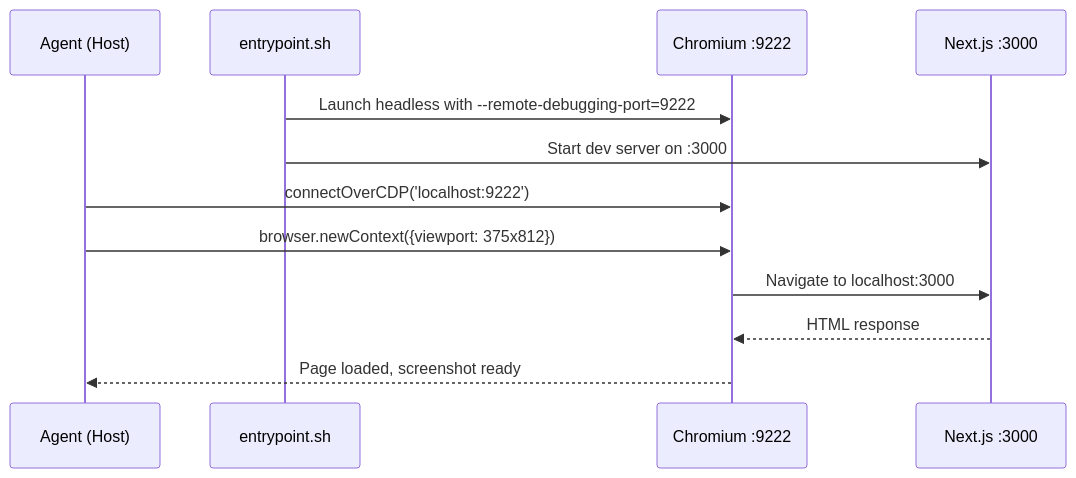
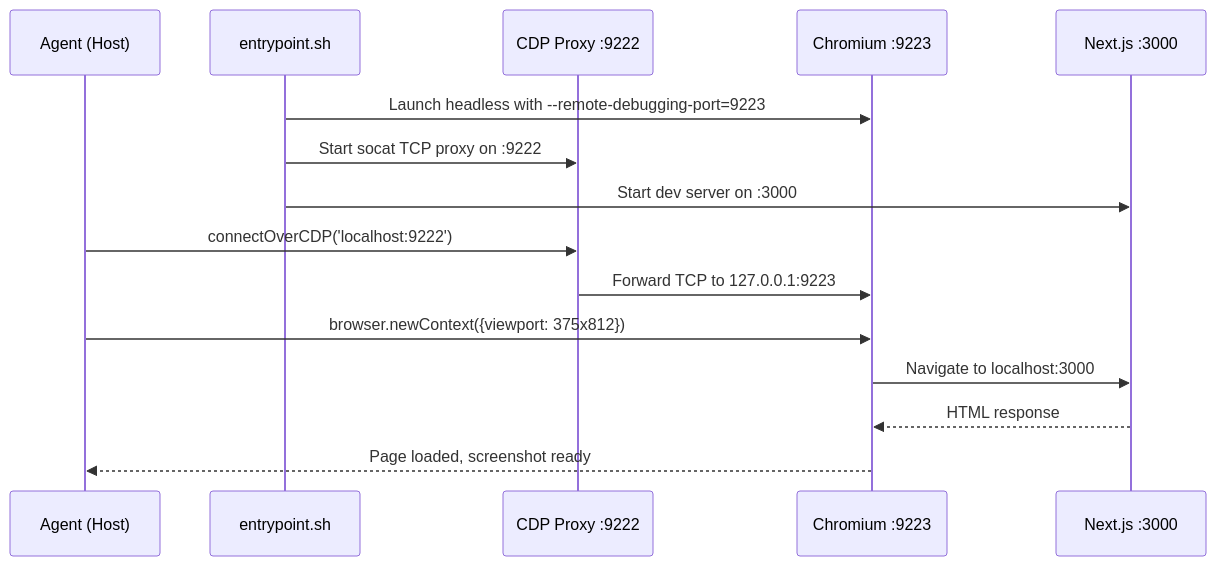
The second of 2 diagrams in docs/plans/067-harness/tasks/phase-2-playwright-cdp-integration/tasks.md (AI-Substrate/chainglass), drawn with Mermaid before and after one commit. The commit also changed other lines of this file and 36 other files, not shown here.

````diff
--- a/docs/plans/067-harness/tasks/phase-2-playwright-cdp-integration/tasks.md
+++ b/docs/plans/067-harness/tasks/phase-2-playwright-cdp-integration/tasks.md
@@ -154,15 +157,18 @@
 ```mermaid
 sequenceDiagram
     participant Agent as Agent (Host)
     participant Entry as entrypoint.sh
-    participant Chrome as Chromium :9222
+    participant Proxy as CDP Proxy :9222
+    participant Chrome as Chromium :9223
     participant App as Next.js :3000
 
-    Entry->>Chrome: Launch headless with --remote-debugging-port=9222
+    Entry->>Chrome: Launch headless with --remote-debugging-port=9223
+    Entry->>Proxy: Start socat TCP proxy on :9222
     Entry->>App: Start dev server on :3000
-    Agent->>Chrome: connectOverCDP('localhost:9222')
+    Agent->>Proxy: connectOverCDP('localhost:9222')
+    Proxy->>Chrome: Forward TCP to 127.0.0.1:9223
     Agent->>Chrome: browser.newContext({viewport: 375x812})
     Chrome->>App: Navigate to localhost:3000
     App-->>Chrome: HTML response
     Chrome-->>Agent: Page loaded, screenshot ready
 ```
````
